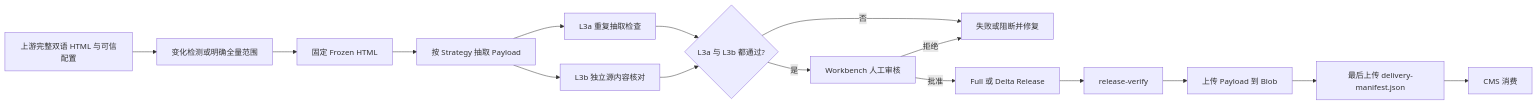
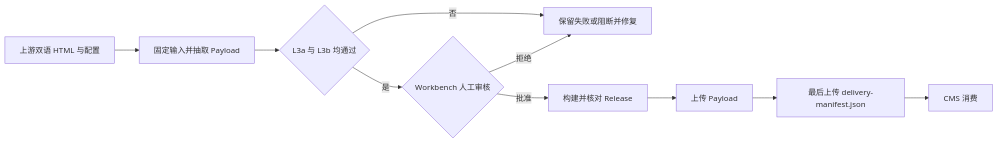
One commit to lvraikkonen/AzureCNArchaeologist changed the diagram in README.md. Above: the diagram before and after it, drawn with Mermaid. The commit also changed other lines of this file and 22 other files, not shown here.

````diff
--- a/README.md
+++ b/README.md
@@ -82,18 +77,12 @@
 ```mermaid
 flowchart LR
-    A[上游完整双语 HTML 与可信配置] --> B[变化检测或明确全量范围]
-    B --> C[固定 Frozen HTML]
-    C --> D[按 Strategy 抽取 Payload]
-    D --> E[L3a 重复抽取检查]
-    D --> F[L3b 独立源内容核对]
-    E --> G{L3a 与 L3b 都通过?}
-    F --> G
-    G -- 否 --> H[失败或阻断并修复]
-    G -- 是 --> I[Workbench 人工审核]
-    I -- 拒绝 --> H
-    I -- 批准 --> J[Full 或 Delta Release]
-    J --> K[release-verify]
-    K --> L[上传 Payload 到 Blob]
-    L --> M[最后上传 delivery-manifest.json]
-    M --> N[CMS 消费]
+    A[上游双语 HTML 与配置] --> B[固定输入并抽取 Payload]
+    B --> C{L3a 与 L3b 均通过}
+    C -- 否 --> D[保留失败或阻断并修复]
+    C -- 是 --> E{Workbench 人工审核}
+    E -- 拒绝 --> D
+    E -- 批准 --> F[构建并核对 Release]
+    F --> G[上传 Payload]
+    G --> H[最后上传 delivery-manifest.json]
+    H --> I[CMS 消费]
 ```
````
